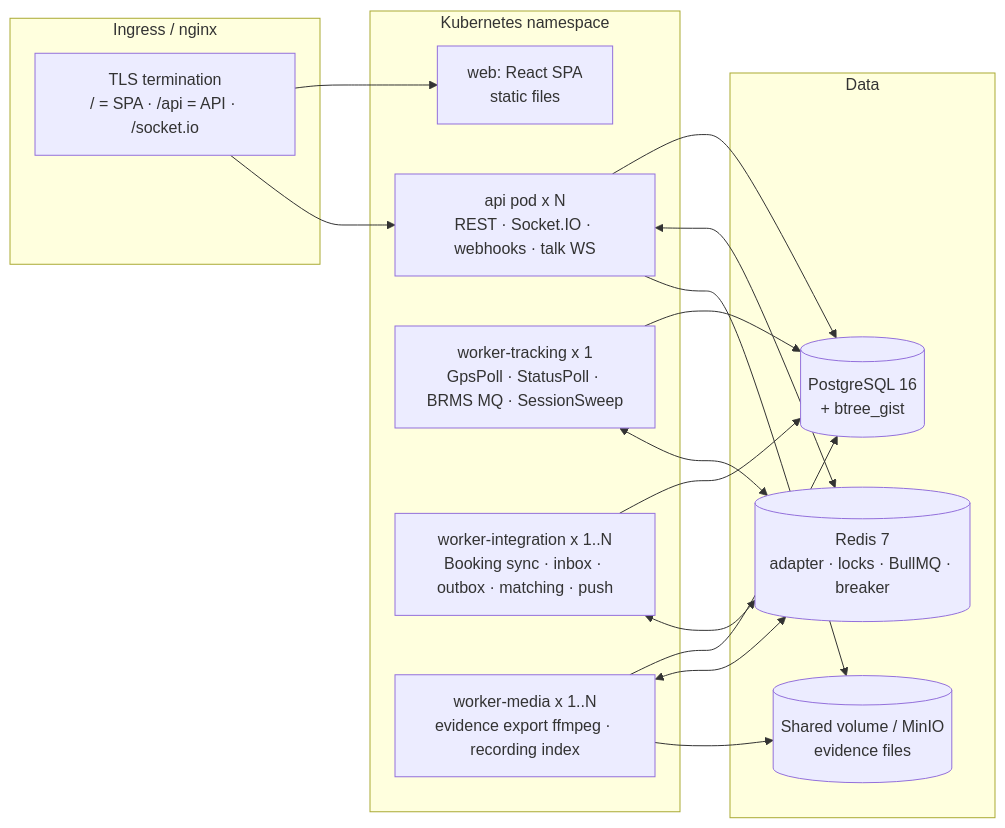
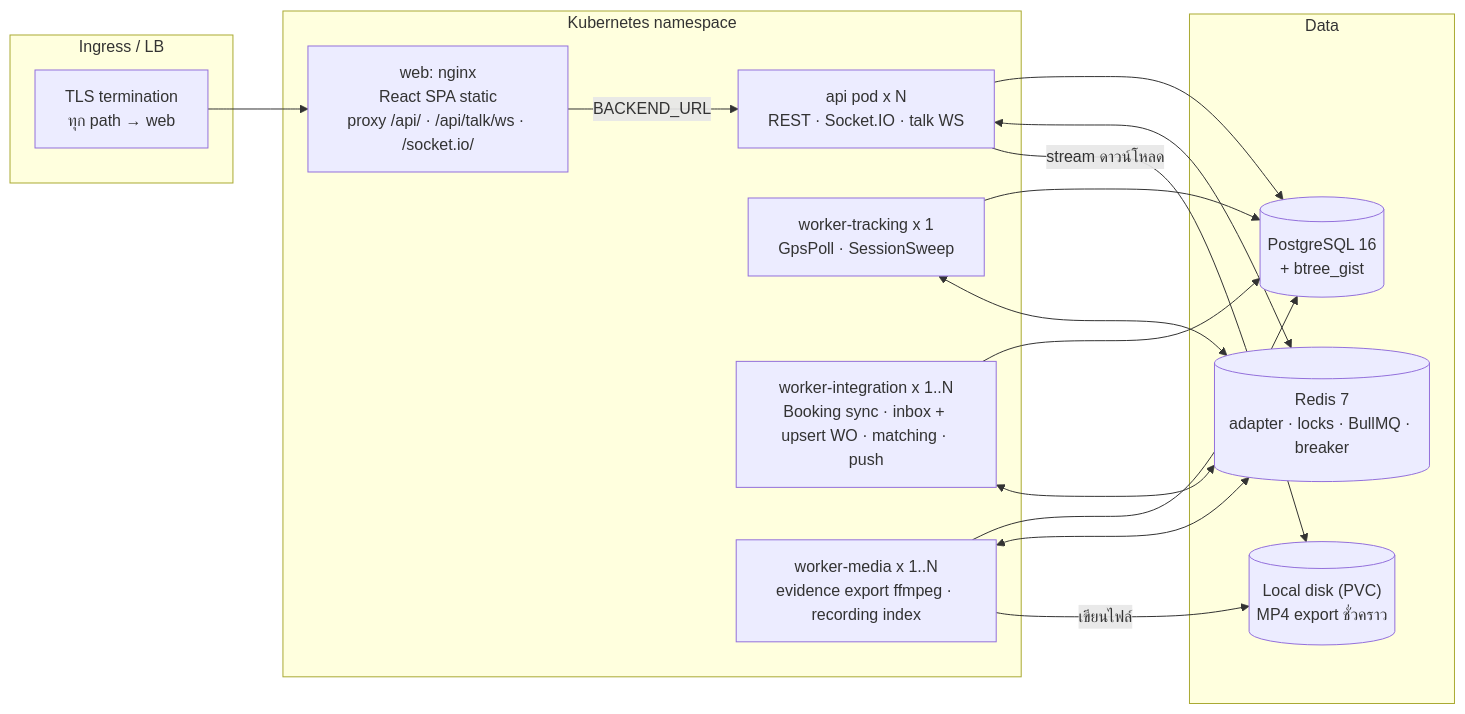
The second of 6 diagrams in docs/blueprint/02-system-architecture.md (b-werayut/psd-bodycam-v1.0), drawn with Mermaid before and after one commit. The commit also changed other lines of this file and 304 other files, not shown here.

````diff
--- a/docs/blueprint/02-system-architecture.md
+++ b/docs/blueprint/02-system-architecture.md
@@ -59,30 +61,30 @@
 ```mermaid
 flowchart LR
-  subgraph Edge["Ingress / nginx"]
-    ING["TLS termination<br/>/ = SPA · /api = API · /socket.io"]
+  subgraph Edge["Ingress / LB"]
+    ING["TLS termination<br/>ทุก path → web"]
   end
   subgraph App["Kubernetes namespace"]
-    SPA["web: React SPA<br/>static files"]
-    API1["api pod x N<br/>REST · Socket.IO · webhooks · talk WS"]
-    WT["worker-tracking x 1<br/>GpsPoll · StatusPoll · BRMS MQ · SessionSweep"]
-    WI["worker-integration x 1..N<br/>Booking sync · inbox · outbox · matching · push"]
+    SPA["web: nginx<br/>React SPA static<br/>proxy /api/ · /api/talk/ws · /socket.io/"]
+    API1["api pod x N<br/>REST · Socket.IO · talk WS"]
+    WT["worker-tracking x 1<br/>GpsPoll · SessionSweep"]
+    WI["worker-integration x 1..N<br/>Booking sync · inbox + upsert WO · matching · push"]
     WM["worker-media x 1..N<br/>evidence export ffmpeg · recording index"]
   end
   subgraph Data["Data"]
     PG[("PostgreSQL 16<br/>+ btree_gist")]
     RD[("Redis 7<br/>adapter · locks · BullMQ · breaker")]
-    FS[("Shared volume / MinIO<br/>evidence files")]
+    FS[("Local disk (PVC)<br/>MP4 export ชั่วคราว")]
   end
   ING --> SPA
-  ING --> API1
+  SPA -- "BACKEND_URL" --> API1
   API1 --> PG
   API1 <--> RD
   WT --> PG
   WT <--> RD
   WI --> PG
   WI <--> RD
   WM --> PG
   WM <--> RD
-  WM --> FS
-  API1 --> FS
+  WM -- "เขียนไฟล์" --> FS
+  API1 -- "stream ดาวน์โหลด" --> FS
 ```
````
